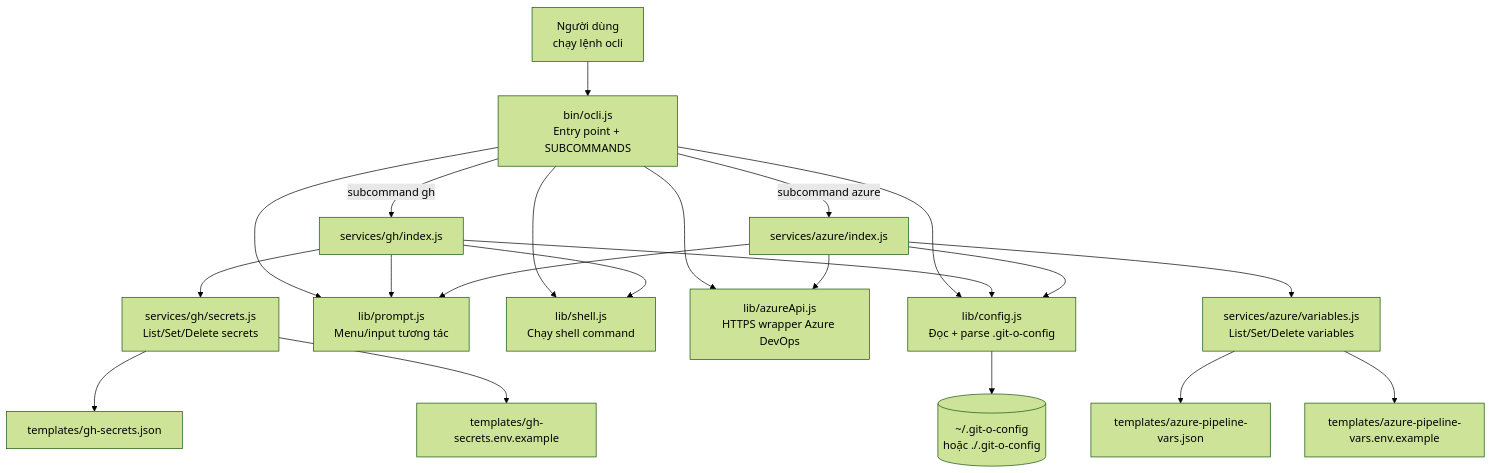
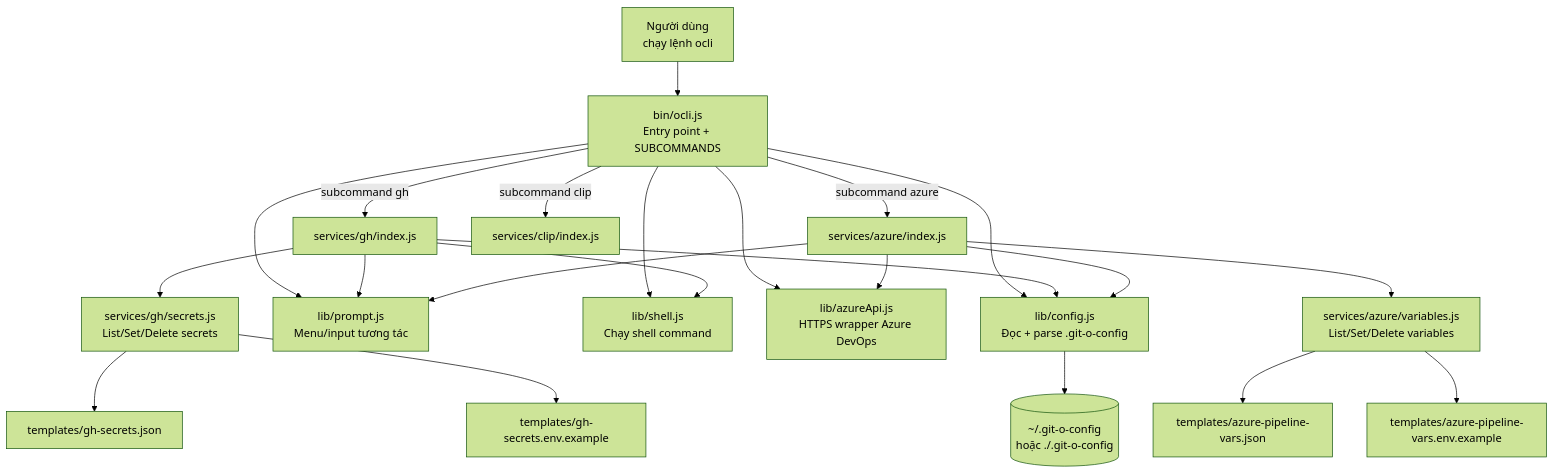
The first of 3 diagrams in nodecli/README.md (dhtltmemos-cal/o-git-alias), drawn with Mermaid (forest theme) before and after one commit. The commit also changed other lines of this file and 5 other files, not shown here.

````diff
--- a/nodecli/README.md
+++ b/nodecli/README.md
@@ -45,29 +47,30 @@
 ```mermaid
 flowchart TB
     U[Người dùng\nchạy lệnh ocli] --> O[bin/ocli.js\nEntry point + SUBCOMMANDS]
 
     O -->|subcommand gh| GH[services/gh/index.js]
     O -->|subcommand azure| AZ[services/azure/index.js]
+    O -->|subcommand clip| CLIP[services/clip/index.js]
 
     O --> CFG[lib/config.js\nĐọc + parse .git-o-config]
     O --> PR[lib/prompt.js\nMenu/input tương tác]
     O --> SH[lib/shell.js\nChạy shell command]
     O --> API[lib/azureApi.js\nHTTPS wrapper Azure DevOps]
 
     GH --> GHSEC[services/gh/secrets.js\nList/Set/Delete secrets]
     GH --> SH
     GH --> PR
     GH --> CFG
 
     AZ --> AZVAR[services/azure/variables.js\nList/Set/Delete variables]
     AZ --> PR
     AZ --> CFG
     AZ --> API
 
     GHSEC --> TGH1[templates/gh-secrets.json]
     GHSEC --> TGH2[templates/gh-secrets.env.example]
     AZVAR --> TAZ1[templates/azure-pipeline-vars.json]
     AZVAR --> TAZ2[templates/azure-pipeline-vars.env.example]
 
     CFG --> GC[(~/.git-o-config\nhoặc ./.git-o-config)]
 ```
````
